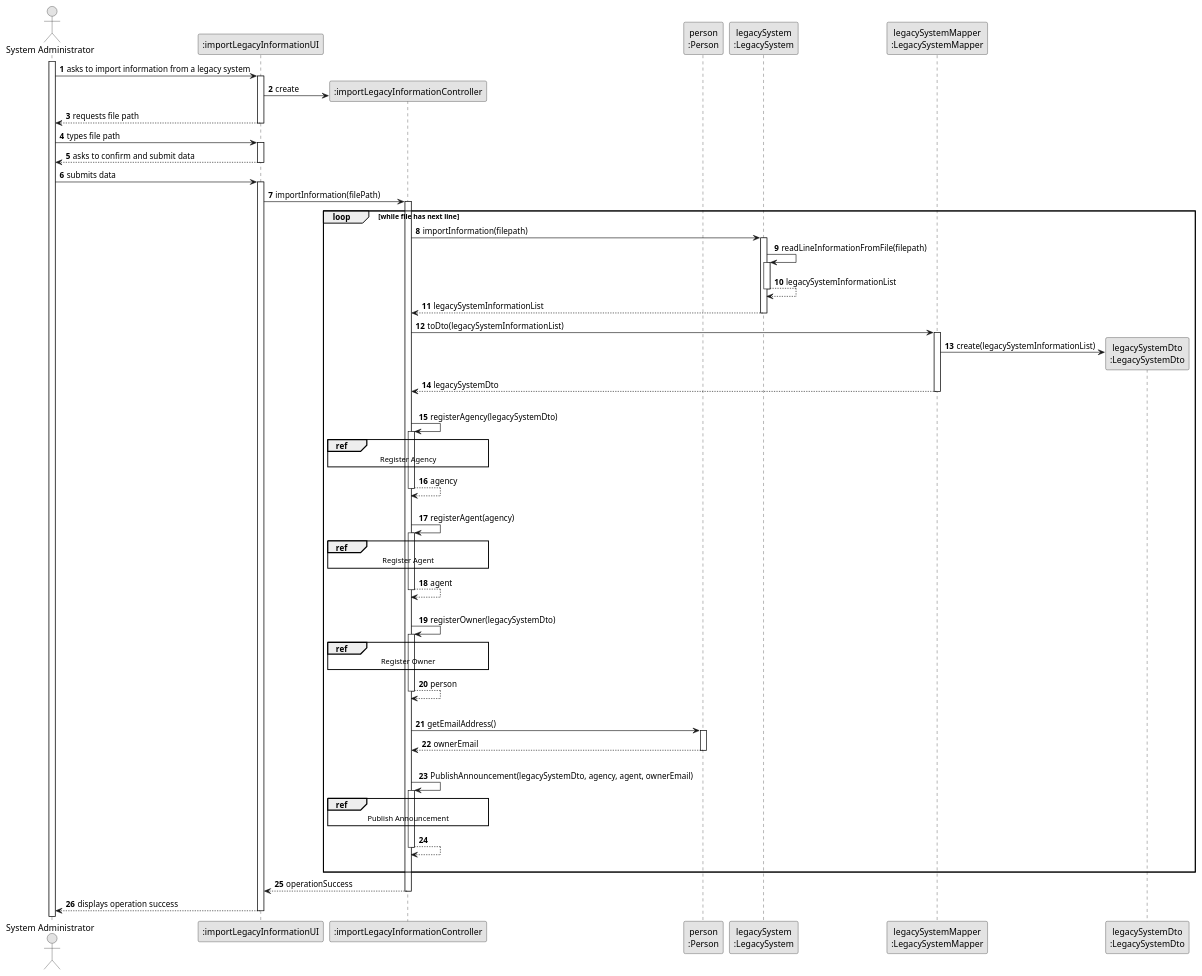
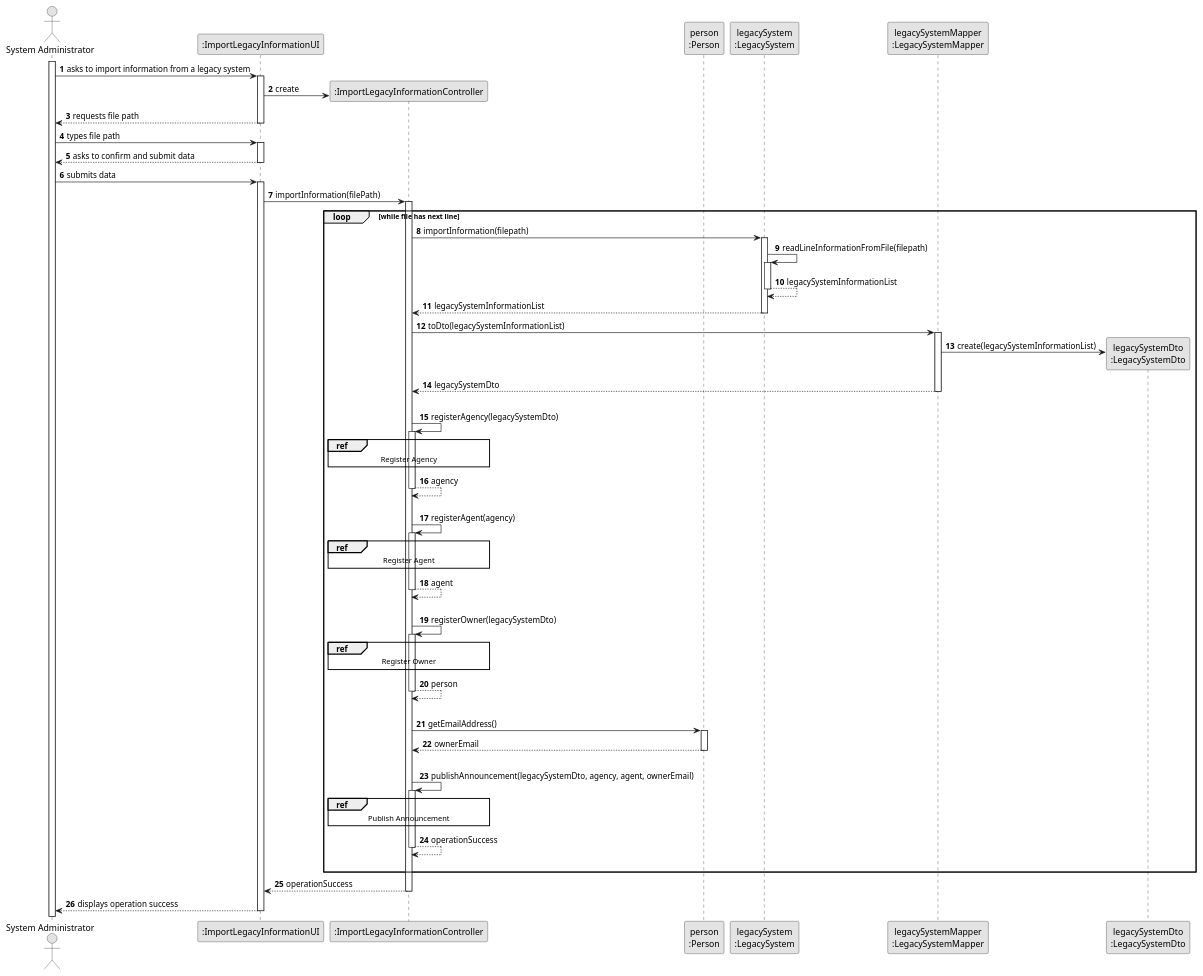
One commit to rita-barbosa/LAPR2-2223 changed the diagram in docs/sprintC/us012/03.design/puml/us012-sequence-diagram-split.puml. Above: the diagram before and after it, drawn with PlantUML. The commit also changed 1 other file, not shown here.

```diff
--- a/docs/sprintC/us012/03.design/puml/us012-sequence-diagram-split.puml
+++ b/docs/sprintC/us012/03.design/puml/us012-sequence-diagram-split.puml
@@ -1,112 +1,112 @@
 @startuml
 skinparam monochrome true
 skinparam packageStyle rectangle
 skinparam shadowing false
 
 autonumber
 
 'hide footbox
 actor "System Administrator" as ADM
-participant ":importLegacyInformationUI" as UI
-participant ":importLegacyInformationController" as CTRL
+participant ":ImportLegacyInformationUI" as UI
+participant ":ImportLegacyInformationController" as CTRL
 participant "person\n:Person" as PERSON
 participant "legacySystem\n:LegacySystem" as LS
 participant "legacySystemMapper\n:LegacySystemMapper" as LSMapper
 participant "legacySystemDto\n:LegacySystemDto" as LSDto
 
 activate ADM
 
     ADM -> UI : asks to import information from a legacy system
     activate UI
 
     UI -> CTRL**: create
 
     UI --> ADM : requests file path
     deactivate UI
 
     ADM -> UI : types file path
     activate UI
 
     UI --> ADM : asks to confirm and submit data
     deactivate UI
 
     ADM -> UI : submits data
     activate UI
 
     UI -> CTRL: importInformation(filePath)
     activate CTRL
 
 
     loop while file has next line
 
       CTRL -> LS: importInformation(filepath)
       activate LS
 
       LS -> LS : readLineInformationFromFile(filepath)
       activate LS
 
       LS --> LS: legacySystemInformationList
       deactivate LS
 
      CTRL <-- LS : legacySystemInformationList
       deactivate LS
 
       CTRL -> LSMapper : toDto(legacySystemInformationList)
       activate LSMapper
 
       LSMapper -> LSDto** : create(legacySystemInformationList)
 
       LSMapper --> CTRL : legacySystemDto
       deactivate LSMapper
 
     |||
     CTRL -> CTRL : registerAgency(legacySystemDto)
     activate CTRL
     ref over CTRL
         Register Agency
     end ref
     CTRL --> CTRL : agency
     deactivate CTRL
     |||
 
     CTRL -> CTRL : registerAgent(agency)
     activate CTRL
     ref over CTRL
         Register Agent
     end ref
     CTRL --> CTRL : agent
     deactivate CTRL
     |||
 
     CTRL -> CTRL : registerOwner(legacySystemDto)
     activate CTRL
     ref over CTRL
         Register Owner
     end ref
     CTRL --> CTRL: person
     deactivate CTRL
     |||
     CTRL -> PERSON : getEmailAddress()
     activate PERSON
 
     PERSON --> CTRL : ownerEmail
     deactivate PERSON
 |||
-    CTRL -> CTRL : PublishAnnouncement(legacySystemDto, agency, agent, ownerEmail)
+    CTRL -> CTRL : publishAnnouncement(legacySystemDto, agency, agent, ownerEmail)
     activate CTRL
     ref over CTRL
         Publish Announcement
     end ref
-        CTRL --> CTRL
+        CTRL --> CTRL : operationSuccess
     deactivate CTRL
 
 |||
      end loop
 
     CTRL --> UI: operationSuccess
     deactivate CTRL
 
     UI --> ADM : displays operation success
     deactivate UI
 
 @enduml
```
